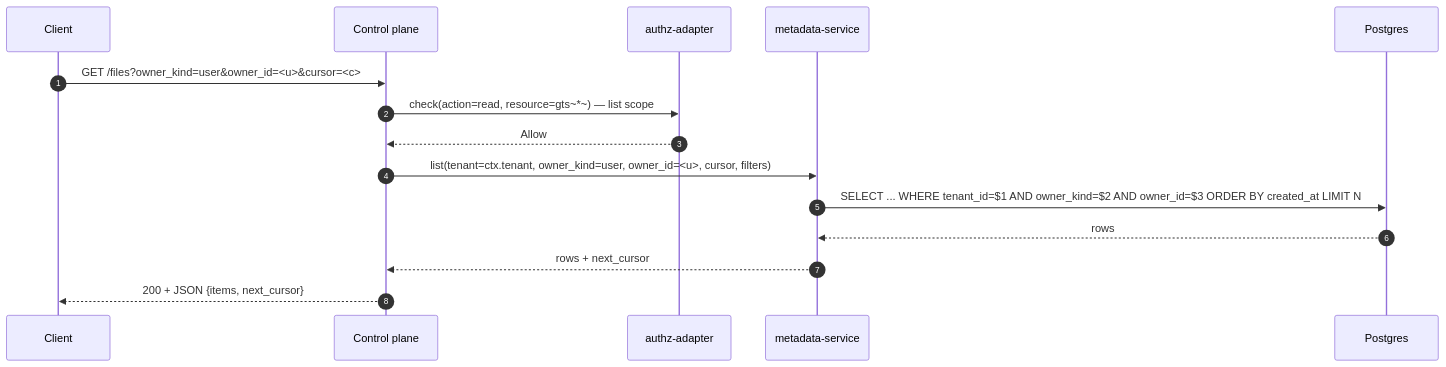
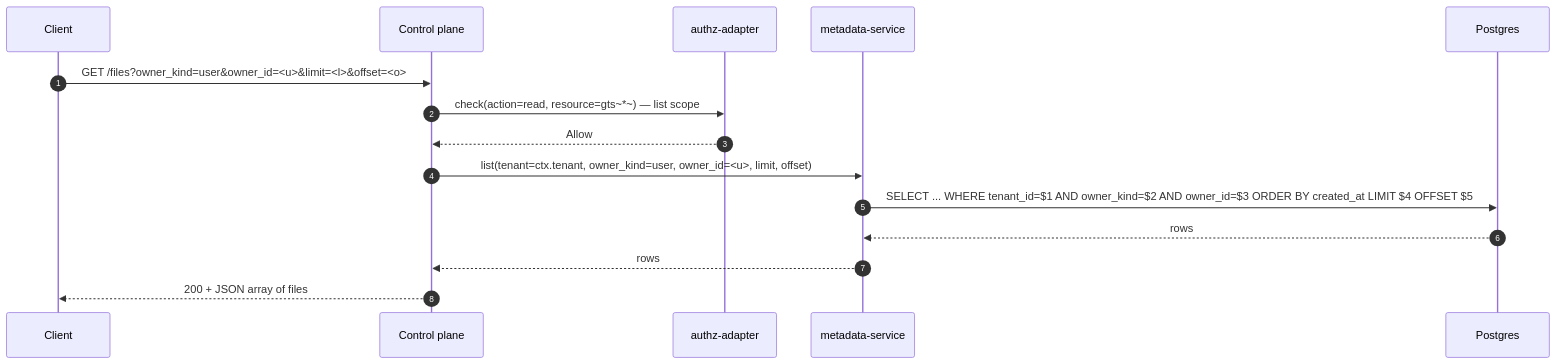
One commit to constructorfabric/gears-rust changed the eighth of 9 diagrams in gears/file-storage/docs/DESIGN.md. Above: the diagram before and after it, drawn with Mermaid. The commit also changed other lines of this file and 17 other files, not shown here.

````diff
--- a/gears/file-storage/docs/DESIGN.md
+++ b/gears/file-storage/docs/DESIGN.md
@@ -1122,18 +1145,18 @@
 ```mermaid
 sequenceDiagram
     autonumber
     participant C as Client
     participant CTL as Control plane
     participant AZ as authz-adapter
     participant MS as metadata-service
     participant DB as Postgres
 
-    C->>CTL: GET /files?owner_kind=user&owner_id=<u>&cursor=<c>
+    C->>CTL: GET /files?owner_kind=user&owner_id=<u>&limit=<l>&offset=<o>
     CTL->>AZ: check(action=read, resource=gts~*~) — list scope
     AZ-->>CTL: Allow
-    CTL->>MS: list(tenant=ctx.tenant, owner_kind=user, owner_id=<u>, cursor, filters)
-    MS->>DB: SELECT ... WHERE tenant_id=$1 AND owner_kind=$2 AND owner_id=$3 ORDER BY created_at LIMIT N
+    CTL->>MS: list(tenant=ctx.tenant, owner_kind=user, owner_id=<u>, limit, offset)
+    MS->>DB: SELECT ... WHERE tenant_id=$1 AND owner_kind=$2 AND owner_id=$3 ORDER BY created_at LIMIT $4 OFFSET $5
     DB-->>MS: rows
-    MS-->>CTL: rows + next_cursor
-    CTL-->>C: 200 + JSON {items, next_cursor}
+    MS-->>CTL: rows
+    CTL-->>C: 200 + JSON array of files
 ```
````
